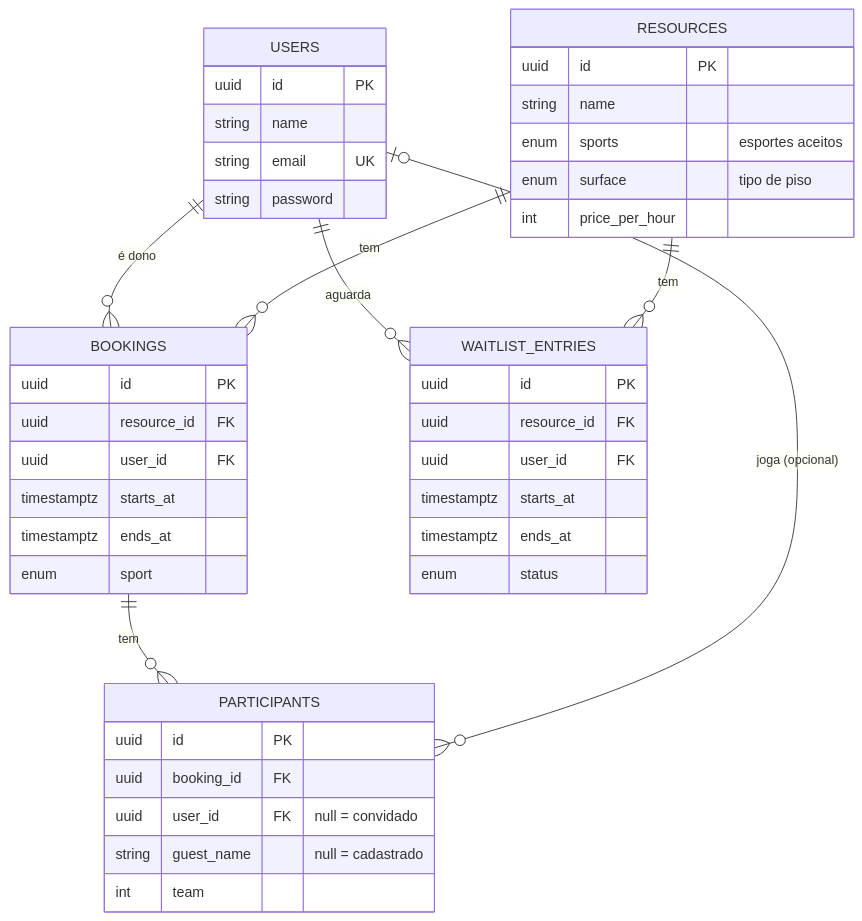
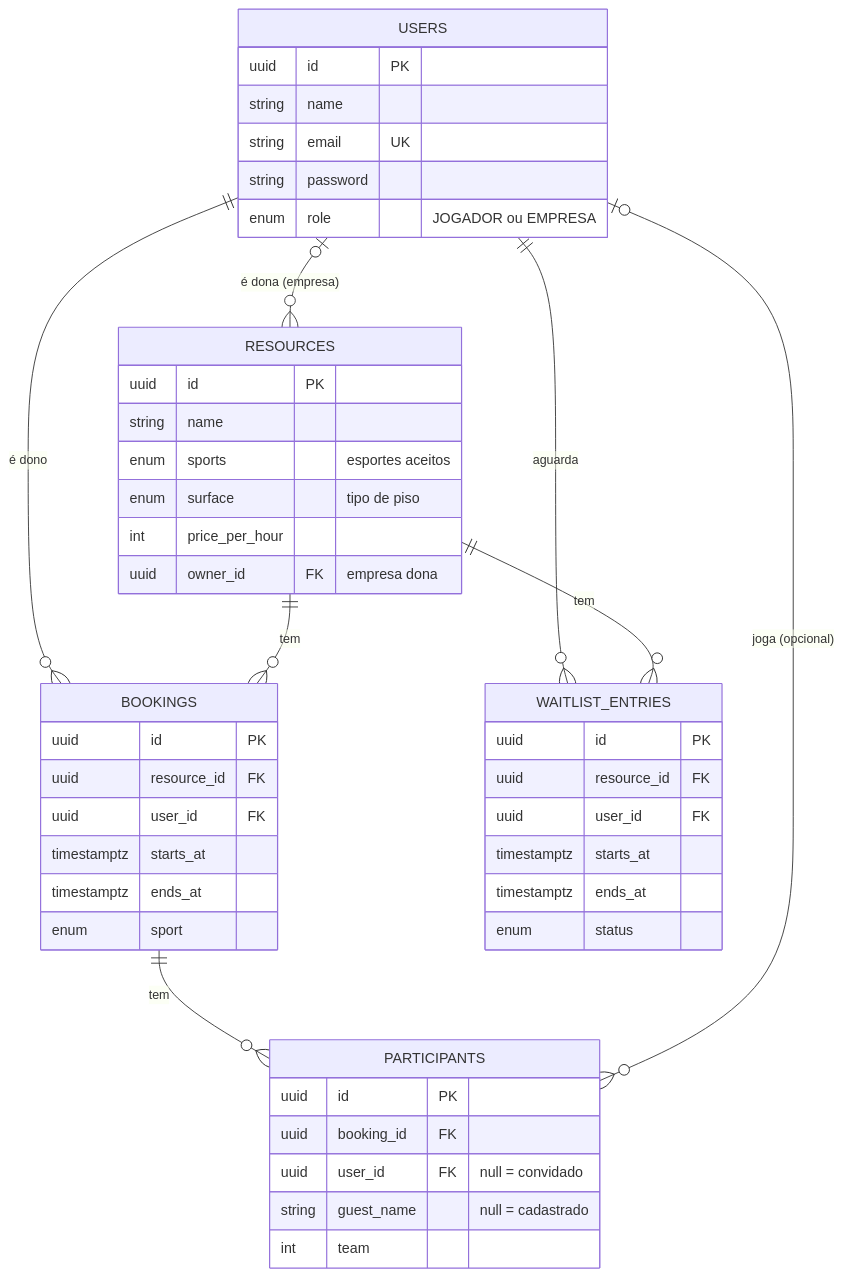
Before and after one commit to CaduUuZ/ReservaQuadra: the first of 3 diagrams in README.md, drawn with Mermaid. The commit also changed other lines of this file and 22 other files, not shown here.

````diff
--- a/README.md
+++ b/README.md
@@ -42,46 +42,49 @@
 ```mermaid
 erDiagram
     USERS ||--o{ BOOKINGS : "é dono"
     RESOURCES ||--o{ BOOKINGS : tem
     USERS ||--o{ WAITLIST_ENTRIES : aguarda
     RESOURCES ||--o{ WAITLIST_ENTRIES : tem
     BOOKINGS ||--o{ PARTICIPANTS : tem
     USERS |o--o{ PARTICIPANTS : "joga (opcional)"
+    USERS |o--o{ RESOURCES : "é dona (empresa)"
 
     USERS {
         uuid id PK
         string name
         string email UK
         string password
+        enum role "JOGADOR ou EMPRESA"
     }
     RESOURCES {
         uuid id PK
         string name
         enum sports "esportes aceitos"
         enum surface "tipo de piso"
         int price_per_hour
+        uuid owner_id FK "empresa dona"
     }
     BOOKINGS {
         uuid id PK
         uuid resource_id FK
         uuid user_id FK
         timestamptz starts_at
         timestamptz ends_at
         enum sport
     }
     PARTICIPANTS {
         uuid id PK
         uuid booking_id FK
         uuid user_id FK "null = convidado"
         string guest_name "null = cadastrado"
         int team
     }
     WAITLIST_ENTRIES {
         uuid id PK
         uuid resource_id FK
         uuid user_id FK
         timestamptz starts_at
         timestamptz ends_at
         enum status
     }
 ```
````
